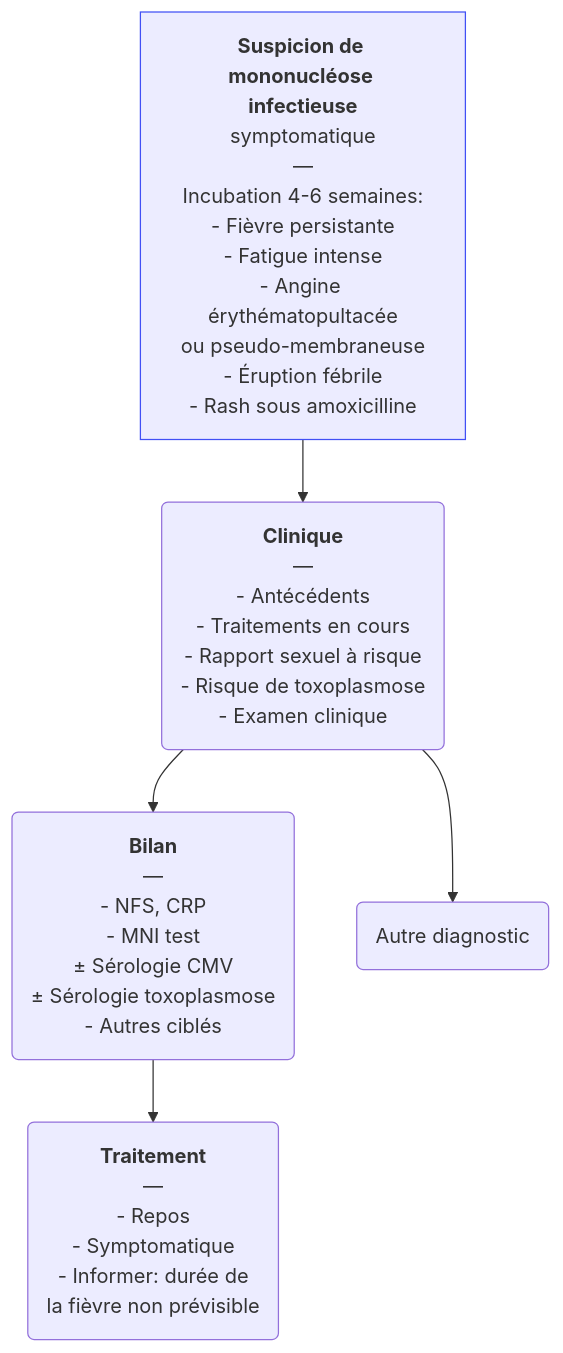
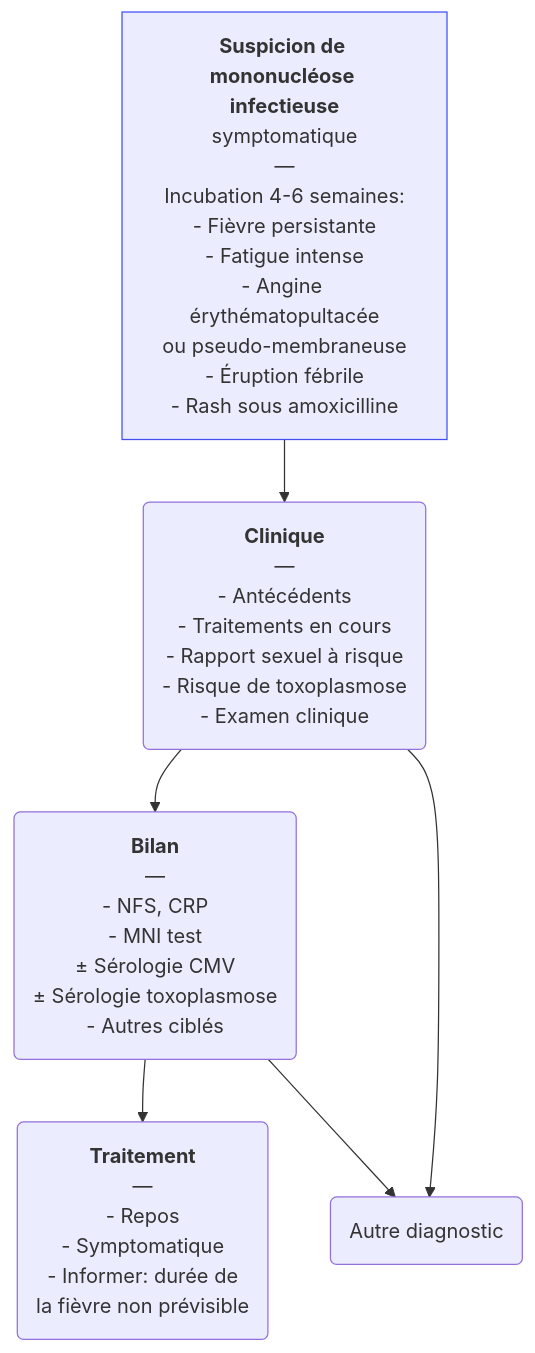
One commit to djibe/recommandations-medicales changed the diagram in content/recommandations/mononucleose-infectieuse.md. Above: the diagram before and after it, drawn with Mermaid. The commit also changed other lines of this file and 25 other files, not shown here.

```diff
--- a/content/recommandations/mononucleose-infectieuse.md
+++ b/content/recommandations/mononucleose-infectieuse.md
@@ -123,6 +123,7 @@
 {{< mermaid title="Prise en charge de la mononucléose infectieuse (MNI) par le médecin généraliste. Dr JB Fron d'après Collèges 2023" >}}
 graph TB
   suspicion["<b>Suspicion de mononucléose infectieuse</b><br>symptomatique<br>—<br>Incubation 4-6 semaines:<br>- Fièvre persistante<br>- Fatigue intense<br>- Angine érythématopultacée<br>ou pseudo-membraneuse<br>- Éruption fébrile<br>- Rash sous amoxicilline"] --> clinique("<b>Clinique</b><br>—<br>- Antécédents<br>- Traitements en cours<br>- Rapport sexuel à risque<br>- Risque de toxoplasmose<br>- Examen clinique") --> bilan("<b>Bilan</b><br>—<br>- NFS, CRP<br>- MNI test<br>± Sérologie CMV<br>± Sérologie toxoplasmose<br>- Autres ciblés") --> traitement("<b>Traitement</b><br>—<br>- Repos<br>- Symptomatique<br>- Informer: durée de<br>la fièvre non prévisible")
     clinique --> autre(Autre diagnostic)
+    bilan --> autre
   style suspicion stroke:#4150f5, stroke-width:1px
 {{< /mermaid >}}
```
